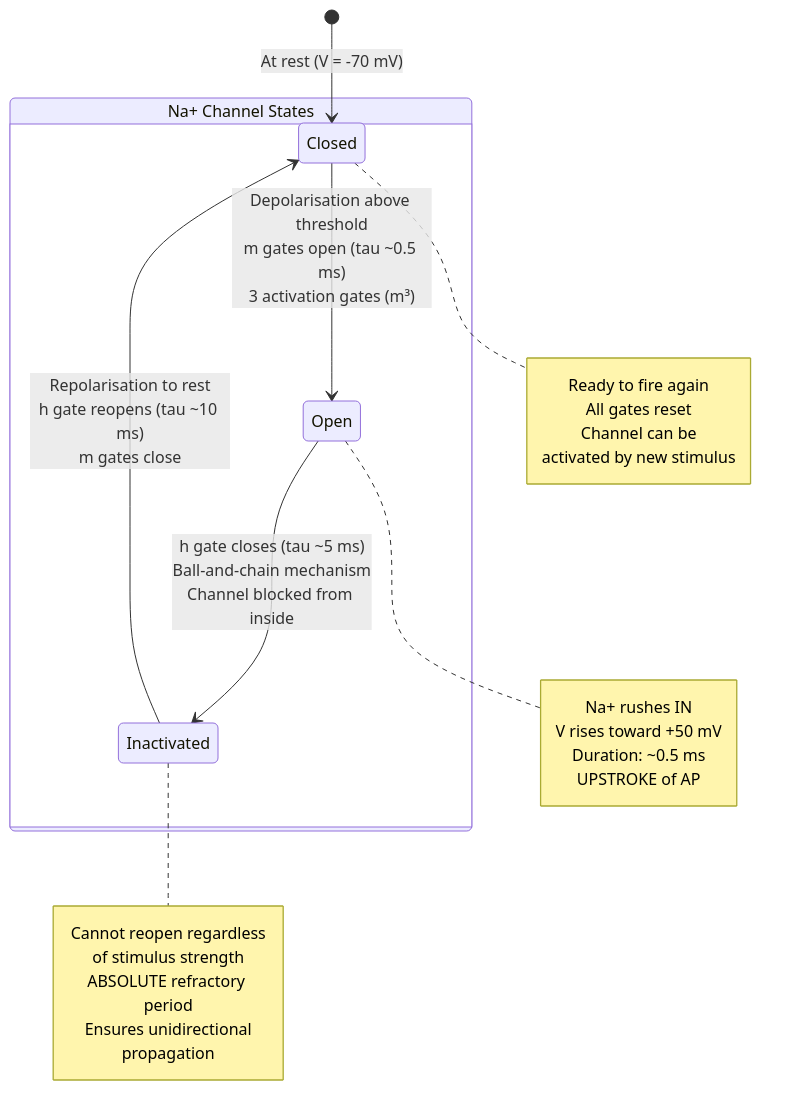
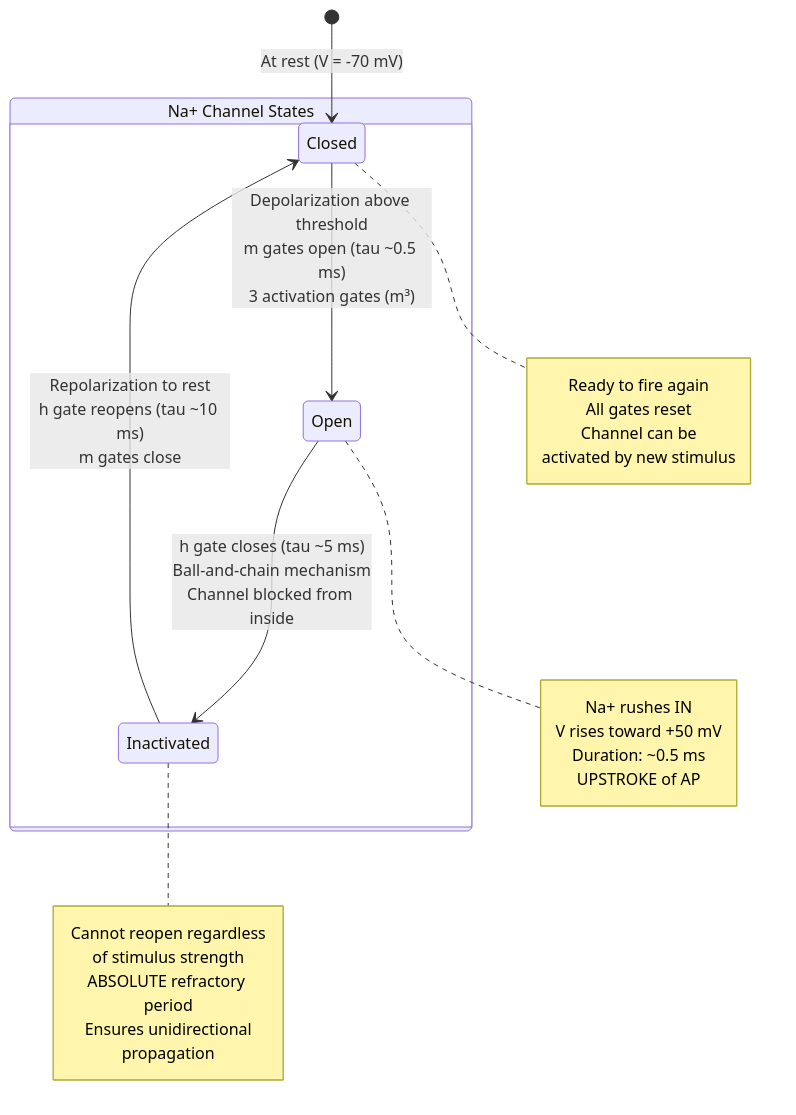
Before and after one commit to docxology/biology_textbook: the first of 4 diagrams in manuscript/unit_IX/action_potential_synapses.md, drawn with Mermaid. The commit also changed other lines of this file and 247 other files, not shown here.

````diff
--- a/manuscript/unit_IX/action_potential_synapses.md
+++ b/manuscript/unit_IX/action_potential_synapses.md
@@ -78,32 +78,32 @@
 ```mermaid
 stateDiagram-v2
     [*] --> Closed: At rest (V = -70 mV)
 
     state "Na+ Channel States" as NaCh {
-        Closed --> Open: Depolarisation above threshold<br/>m gates open (tau ~0.5 ms)<br/>3 activation gates (m³)
+        Closed --> Open: Depolarization above threshold<br/>m gates open (tau ~0.5 ms)<br/>3 activation gates (m³)
         Open --> Inactivated: h gate closes (tau ~5 ms)<br/>Ball-and-chain mechanism<br/>Channel blocked from inside
-        Inactivated --> Closed: Repolarisation to rest<br/>h gate reopens (tau ~10 ms)<br/>m gates close
+        Inactivated --> Closed: Repolarization to rest<br/>h gate reopens (tau ~10 ms)<br/>m gates close
     }
 
     note right of Open
         Na+ rushes IN
         V rises toward +50 mV
         Duration: ~0.5 ms
         UPSTROKE of AP
     end note
 
     note right of Inactivated
         Cannot reopen regardless
         of stimulus strength
         ABSOLUTE refractory period
         Ensures unidirectional
         propagation
     end note
 
     note right of Closed
         Ready to fire again
         All gates reset
         Channel can be
         activated by new stimulus
     end note
 ```
````
